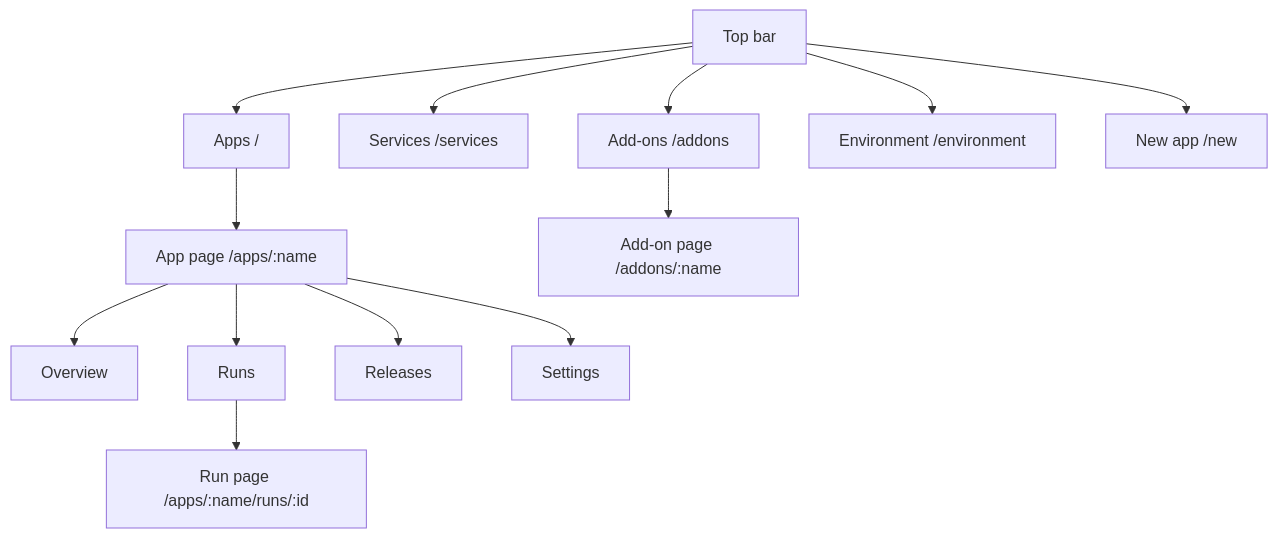
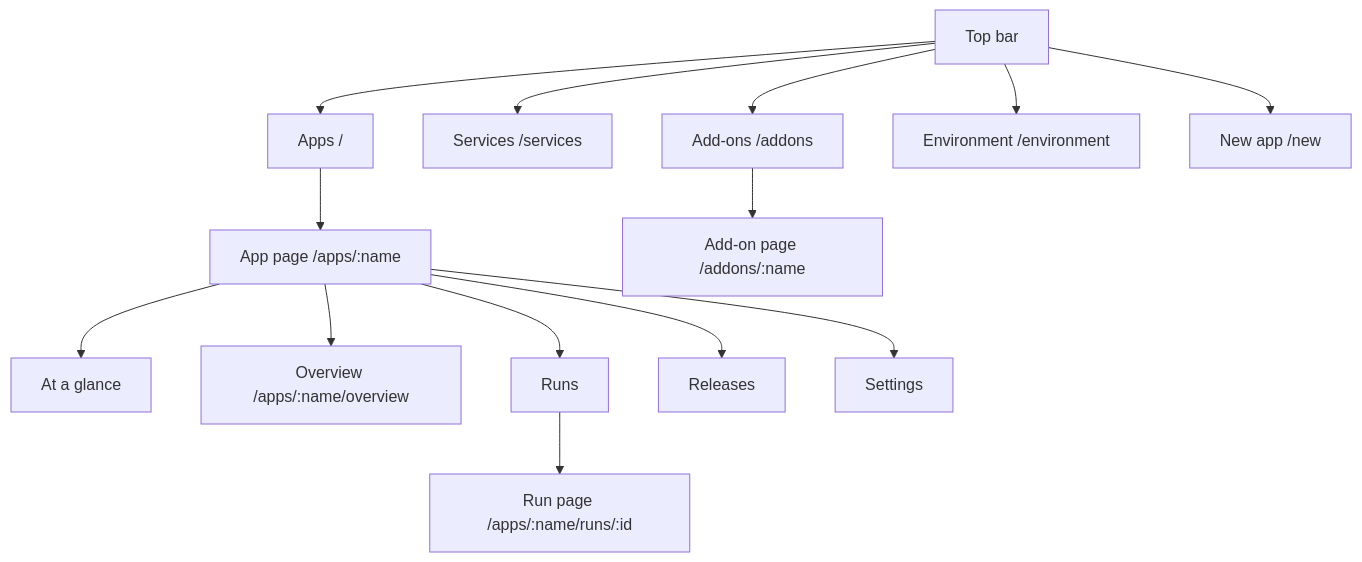
The diagram in docs/content/start/tour.md (rendimiento-ai/rendimiento), drawn with Mermaid before and after one commit. The commit also changed other lines of this file and 6 other files, not shown here.

First line of the commit message:
An app's page opens with a glance: its flower, its week, and what needs you

````diff
--- a/docs/content/start/tour.md
+++ b/docs/content/start/tour.md
@@ -5,14 +5,15 @@
 ```mermaid
 flowchart TB
     top[Top bar] --> apps[Apps /]
     top --> svc[Services /services]
     top --> add[Add-ons /addons]
     top --> env[Environment /environment]
     top --> new[New app /new]
     apps --> app[App page /apps/:name]
-    app --> ov[Overview]
+    app --> gl[At a glance]
+    app --> ov[Overview /apps/:name/overview]
     app --> runs[Runs] --> run[Run page /apps/:name/runs/:id]
     app --> rel[Releases]
     app --> set[Settings]
     add --> det[Add-on page /addons/:name]
 ```
````
